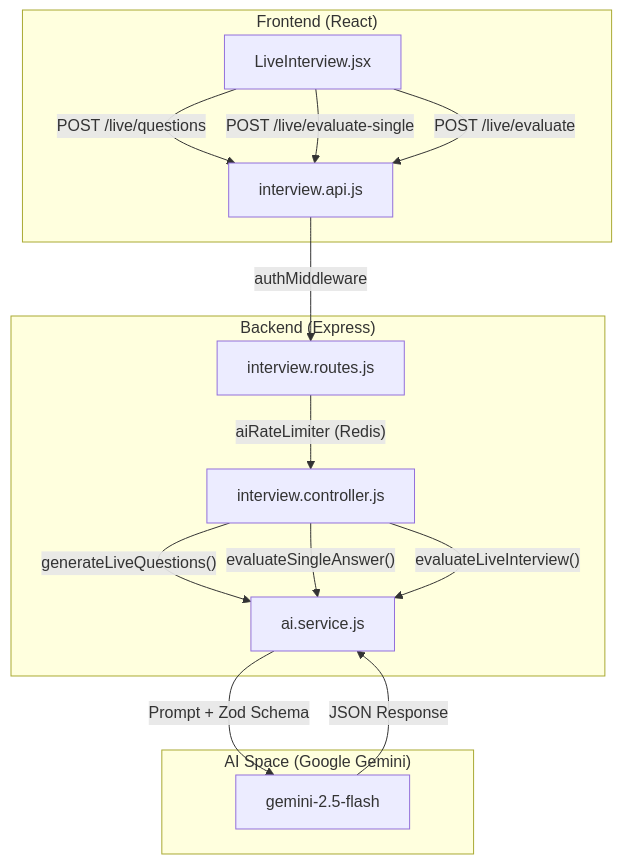
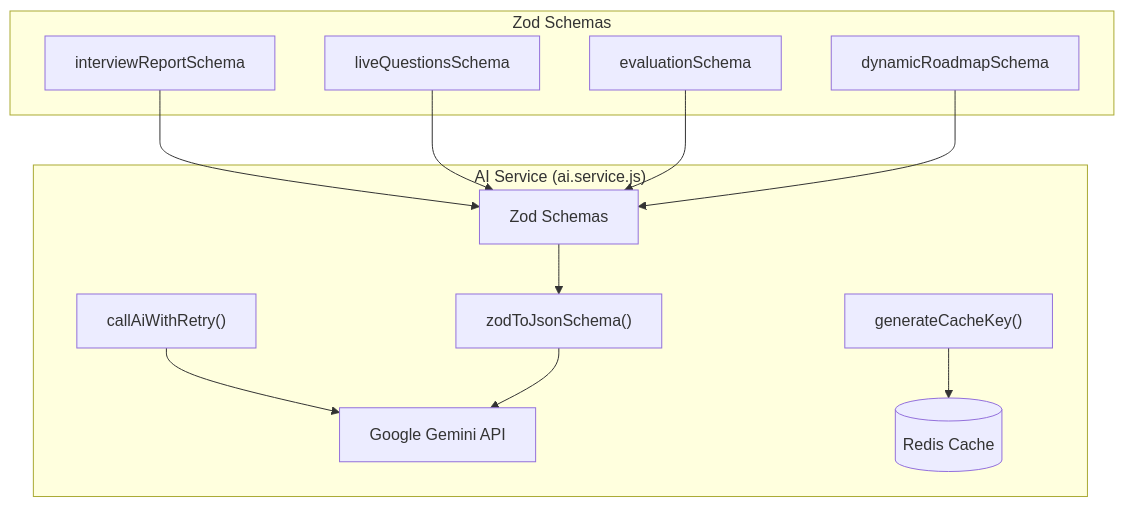
Diagram 12 of 16 in README.md (harshitzofficial/-HirePrep-AI), drawn with Mermaid before and after one commit. The commit also changed other lines of this file, not shown here.

````diff
--- a/README.md
+++ b/README.md
@@ -735,21 +815,21 @@
 ```mermaid
 graph TD
-    subgraph "Frontend (React)"
-        A["LiveInterview.jsx"] -- "POST /live/questions" --> B["interview.api.js"]
-        A -- "POST /live/evaluate-single" --> B
-        A -- "POST /live/evaluate" --> B
+    subgraph "AI Service (ai.service.js)"
+        RETRY["callAiWithRetry()"] --> GEMINI["Google Gemini API"]
+        CACHE["generateCacheKey()"] --> REDIS[("Redis Cache")]
+        ZOD["Zod Schemas"] --> JSON_SCHEMA["zodToJsonSchema()"]
+        JSON_SCHEMA --> GEMINI
     end
- 
-    subgraph "Backend (Express)"
-        B -- "authMiddleware" --> C["interview.routes.js"]
-        C -- "aiRateLimiter (Redis)" --> D["interview.controller.js"]
-        D -- "generateLiveQuestions()" --> E["ai.service.js"]
-        D -- "evaluateSingleAnswer()" --> E
-        D -- "evaluateLiveInterview()" --> E
+
+    subgraph "Zod Schemas"
+        S1["interviewReportSchema"]
+        S2["liveQuestionsSchema"]
+        S3["evaluationSchema"]
+        S4["dynamicRoadmapSchema"]
     end
- 
-    subgraph "AI Space (Google Gemini)"
-        E -- "Prompt + Zod Schema" --> F["gemini-2.5-flash"]
-        F -- "JSON Response" --> E
-    end
+
+    S1 --> ZOD
+    S2 --> ZOD
+    S3 --> ZOD
+    S4 --> ZOD
 ```
````
